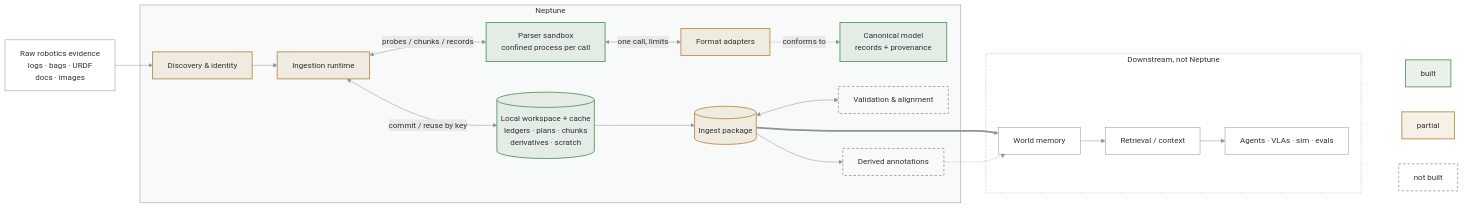
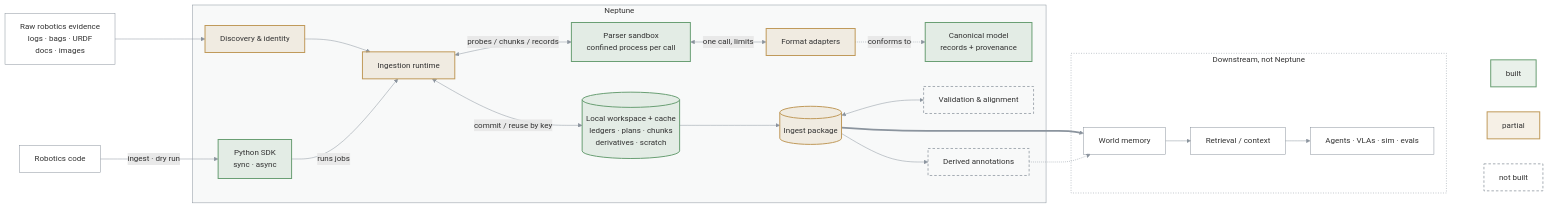
The diagram in ARCHITECTURE.md (bennytay/neptune), drawn with Mermaid before and after one commit. The commit also changed 4 other files, not shown here.

First line of the commit message:
docs(adr): 0035 the Python SDK; docs/sdk.md; SDK box in the diagram

````diff
--- a/ARCHITECTURE.md
+++ b/ARCHITECTURE.md
@@ -3,54 +3,59 @@
 ```mermaid
 flowchart LR
   RAW["Raw robotics evidence<br/>logs · bags · URDF<br/>docs · images"]
+  DEV["Robotics code"]
 
   subgraph N["Neptune"]
+    SDK["Python SDK<br/>sync · async"]
     DISC["Discovery &amp; identity"]
     RT["Ingestion runtime"]
     WS[("Local workspace + cache<br/>ledgers · plans · chunks<br/>derivatives · scratch")]
     AD["Format adapters"]
     SB["Parser sandbox<br/>confined process per call"]
     CAN["Canonical model<br/>records + provenance"]
     PKG[("Ingest package")]
     VAL["Validation &amp; alignment"]
     DER["Derived annotations"]
   end
 
   subgraph D["Downstream, not Neptune"]
     MEM["World memory"]
     RET["Retrieval / context"]
     USE["Agents · VLAs · sim · evals"]
   end
 
   RAW --> DISC --> RT
+  DEV -->|ingest · dry run| SDK -->|runs jobs| RT
   RT <-->|probes / chunks / records| SB
   SB <-->|one call, limits| AD
   AD -.->|conforms to| CAN
   RT <-->|commit / reuse by key| WS
   WS --> PKG
   PKG <--> VAL
   PKG --> DER
   PKG ==> MEM --> RET --> USE
   DER -.-> MEM
 
   subgraph KEY[" "]
     K1["built"]
     K2["partial"]
     K3["not built"]
   end
   USE ~~~ K1 & K2 & K3
 
   classDef built fill:#6a9f7426,stroke:#6a9f74,stroke-width:2px
   classDef partial fill:#c09a5b26,stroke:#c09a5b,stroke-width:2px
   classDef todo fill:none,stroke:#8b949e,stroke-width:1.5px,stroke-dasharray:5 4
   classDef ext fill:none,stroke:#8b949e,stroke-width:1px
   class CAN,WS,K1 built
   class DISC,RT,AD,PKG,K2 partial
   class VAL,DER,K3 todo
   class SB built
+  class SDK built
+  class DEV ext
   class RAW,MEM,RET,USE ext
   style N fill:#8b949e0f,stroke:#8b949e
   style D fill:none,stroke:#8b949e,stroke-dasharray:2 3
   style KEY fill:none,stroke:none
   linkStyle default stroke:#8b949e
 ```
````
